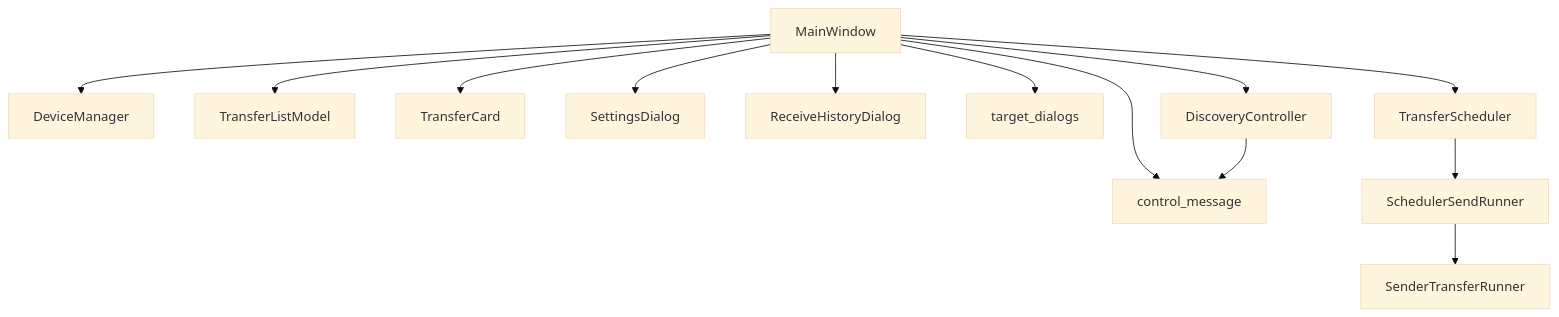
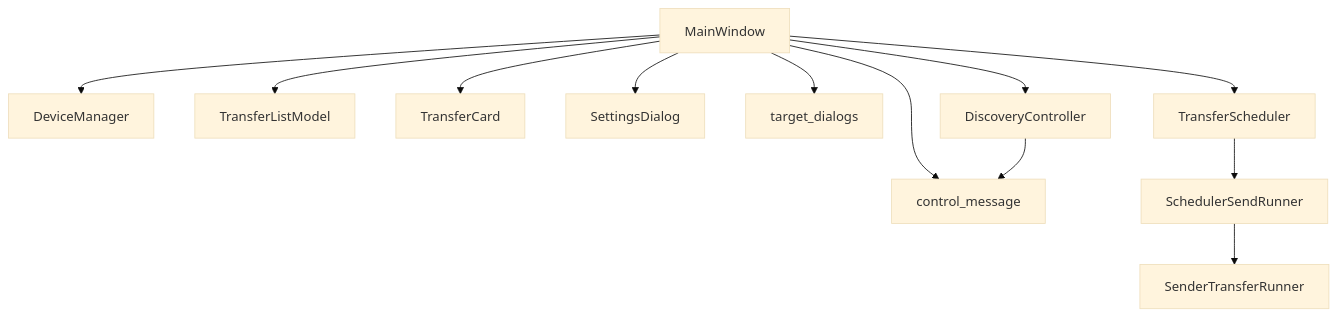
One commit to dengzhongyuan365-dev/filetransfer changed diagram 19 of 20 in docs/development-log.zh_CN.md. Above: the diagram before and after it, drawn with Mermaid (base theme). The commit also changed other lines of this file and 9 other files, not shown here.

Commit message:
refactor: remove receive history

````diff
--- a/docs/development-log.zh_CN.md
+++ b/docs/development-log.zh_CN.md
@@ -1144,15 +1144,14 @@
 ```mermaid
 graph TD
     A["MainWindow"] --> B["DeviceManager"]
     A --> C["TransferListModel"]
     A --> J["TransferCard"]
     A --> K["SettingsDialog"]
-    A --> L["ReceiveHistoryDialog"]
     A --> D["target_dialogs"]
     A --> E["control_message"]
     A --> I["DiscoveryController"]
     I --> E
     A --> F["TransferScheduler"]
     F --> G["SchedulerSendRunner"]
     G --> H["SenderTransferRunner"]
 ```
````
